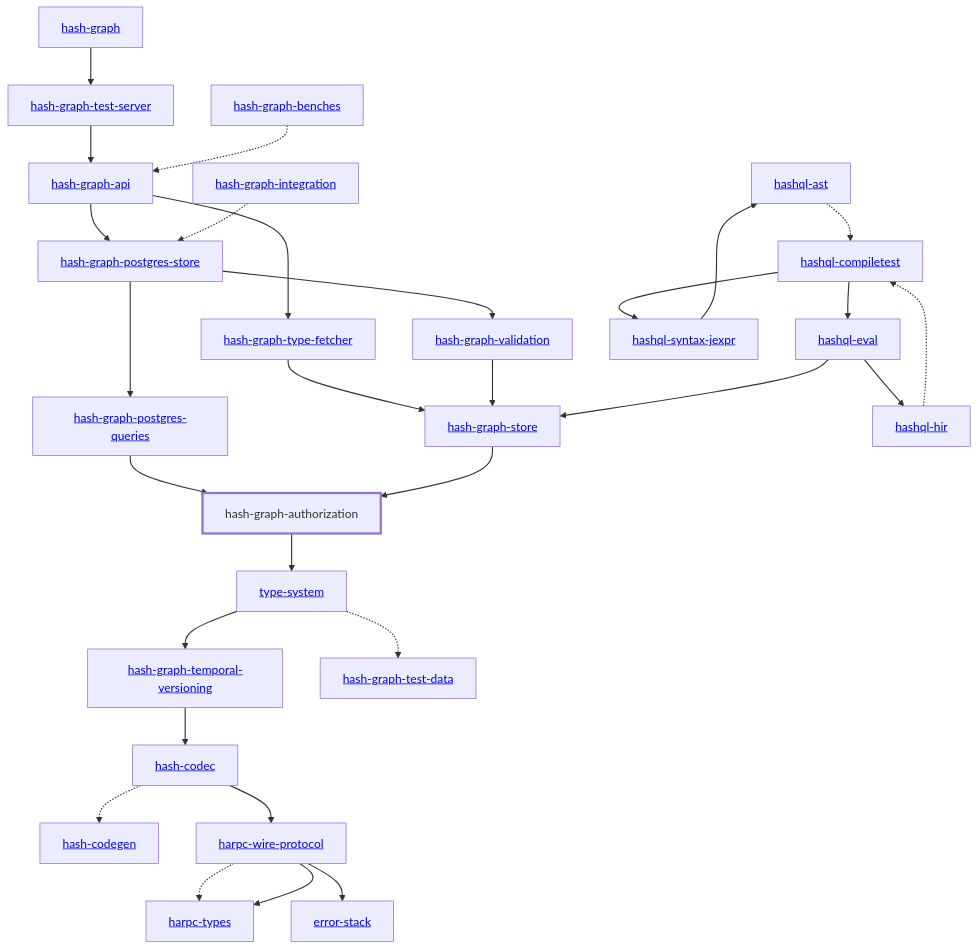
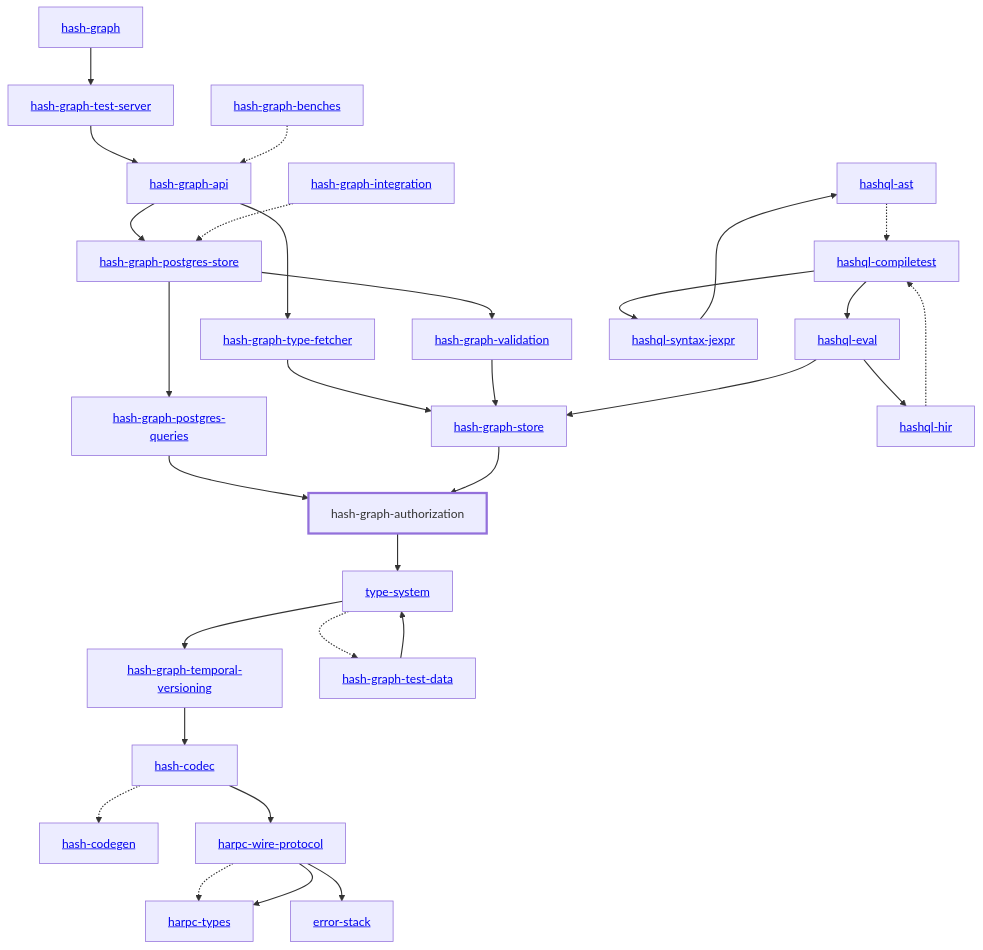
The diagram in libs/@local/graph/authorization/docs/dependency-diagram.mmd (hashintel/hash), drawn with Mermaid before and after one commit. The commit also changed 38 other files, not shown here.

```diff
--- a/libs/@local/graph/authorization/docs/dependency-diagram.mmd
+++ b/libs/@local/graph/authorization/docs/dependency-diagram.mmd
@@ -1,63 +1,64 @@
 graph TD
     linkStyle default stroke-width:1.5px
     classDef default stroke-width:1px
     classDef root stroke-width:3px
     classDef dev stroke-width:1px
     classDef build stroke-width:1px
     %% Legend
     %% --> : Normal dependency
     %% -.-> : Dev dependency
     %% ---> : Build dependency
     0[<a href="../hash_graph">hash-graph</a>]
     1[<a href="../type_system">type-system</a>]
     2[<a href="../hash_codec">hash-codec</a>]
     3[<a href="../hash_codegen">hash-codegen</a>]
     4[<a href="../hash_graph_api">hash-graph-api</a>]
     5[hash-graph-authorization]
     class 5 root
     6[<a href="../hash_graph_postgres_queries">hash-graph-postgres-queries</a>]
     7[<a href="../hash_graph_postgres_store">hash-graph-postgres-store</a>]
     8[<a href="../hash_graph_store">hash-graph-store</a>]
     9[<a href="../hash_graph_temporal_versioning">hash-graph-temporal-versioning</a>]
     10[<a href="../hash_graph_test_server">hash-graph-test-server</a>]
     11[<a href="../hash_graph_type_fetcher">hash-graph-type-fetcher</a>]
     12[<a href="../hash_graph_validation">hash-graph-validation</a>]
     13[<a href="../harpc_types">harpc-types</a>]
     14[<a href="../harpc_wire_protocol">harpc-wire-protocol</a>]
     15[<a href="../hashql_ast">hashql-ast</a>]
     16[<a href="../hashql_compiletest">hashql-compiletest</a>]
     17[<a href="../hashql_eval">hashql-eval</a>]
     18[<a href="../hashql_hir">hashql-hir</a>]
     19[<a href="../hashql_syntax_jexpr">hashql-syntax-jexpr</a>]
     20[<a href="../error_stack">error-stack</a>]
     21[<a href="../hash_graph_benches">hash-graph-benches</a>]
     22[<a href="../hash_graph_integration">hash-graph-integration</a>]
     23[<a href="../hash_graph_test_data">hash-graph-test-data</a>]
     0 --> 10
     1 --> 9
     1 -.-> 23
     2 -.-> 3
     2 --> 14
     4 --> 7
     4 --> 11
     5 --> 1
     6 --> 5
     7 --> 6
     7 --> 12
     8 --> 5
     9 --> 2
     10 --> 4
     11 --> 8
     12 --> 8
     14 -.-> 13
     14 --> 13
     14 --> 20
     15 -.-> 16
     16 --> 17
     16 --> 19
     17 --> 8
     17 --> 18
     18 -.-> 16
     19 --> 15
     21 -.-> 4
     22 -.-> 7
+    23 --> 1
```
